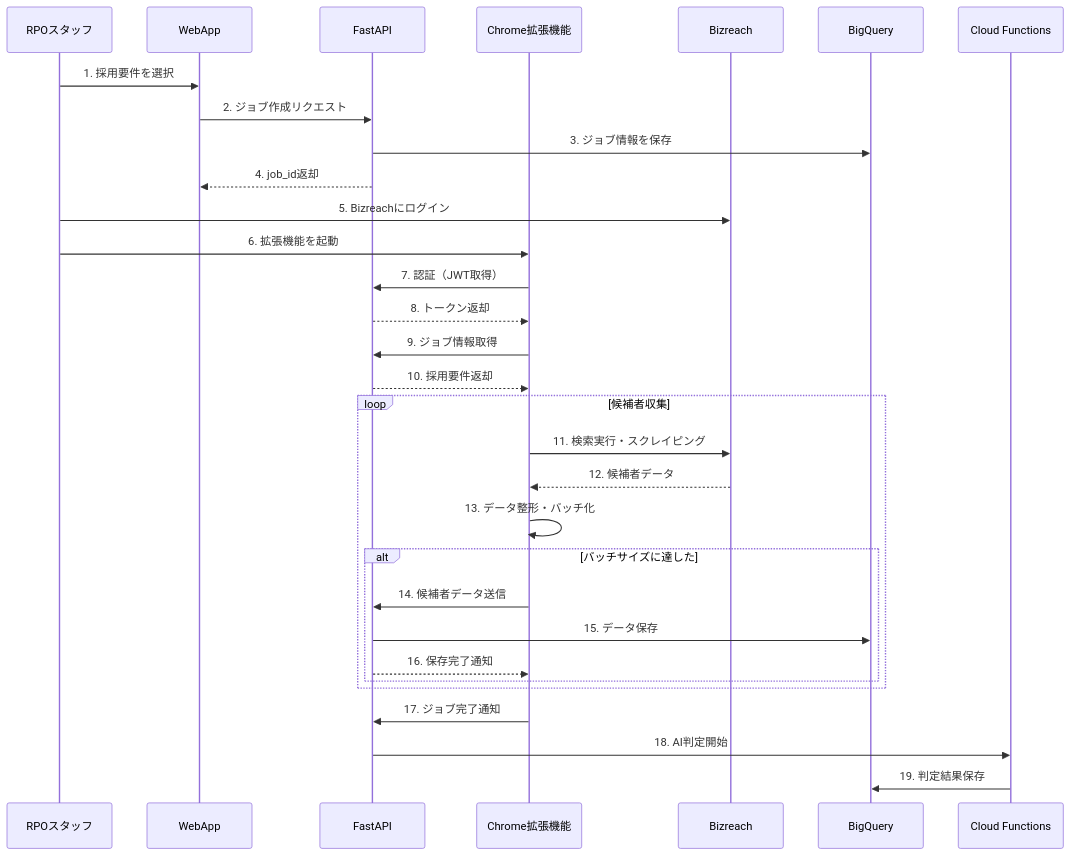
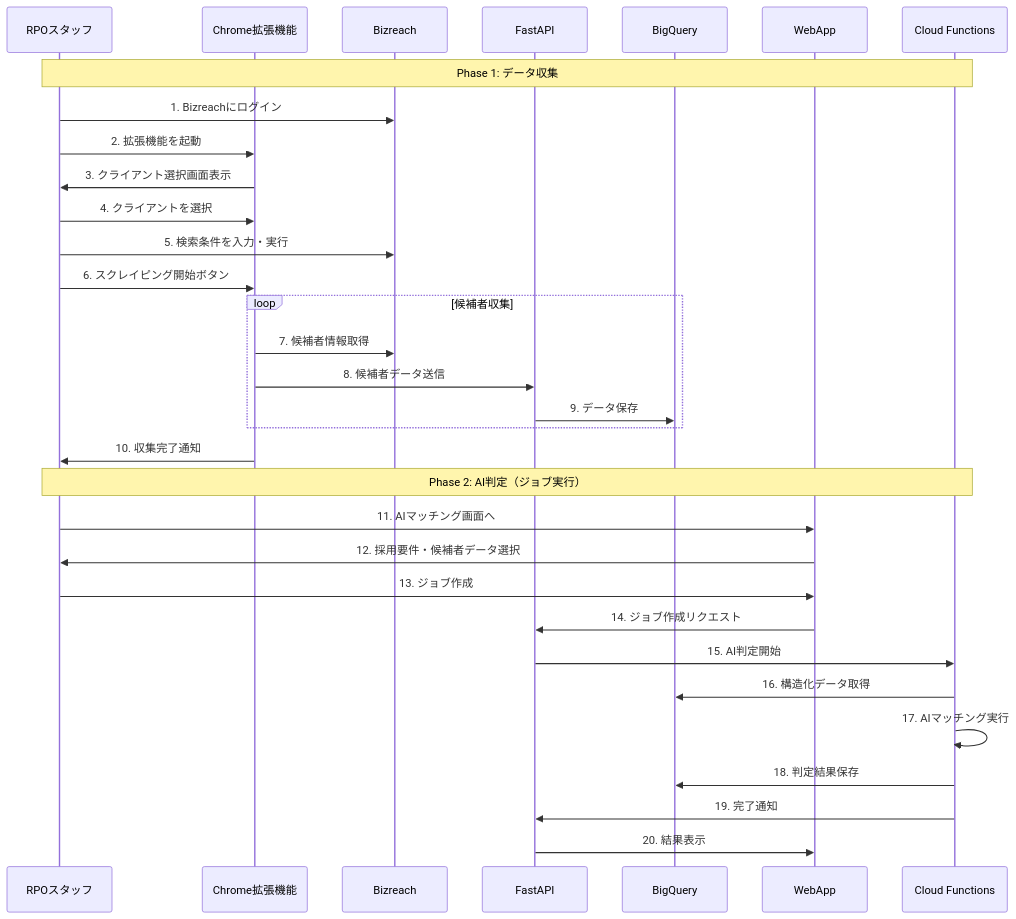
Before and after one commit to takeshita-0x0201/rpo-automation: the third of 4 diagrams in README_CHROME_EXTENSION.md, drawn with Mermaid. The commit also changed other lines of this file, not shown here.

````diff
--- a/README_CHROME_EXTENSION.md
+++ b/README_CHROME_EXTENSION.md
@@ -185,39 +195,38 @@
 ```mermaid
 sequenceDiagram
     participant User as RPOスタッフ
-    participant WebApp as WebApp
-    participant API as FastAPI
     participant Ext as Chrome拡張機能
     participant Biz as Bizreach
+    participant API as FastAPI
     participant BQ as BigQuery
+    participant WebApp as WebApp
     participant CF as Cloud Functions
 
-    User->>WebApp: 1. 採用要件を選択
-    WebApp->>API: 2. ジョブ作成リクエスト
-    API->>BQ: 3. ジョブ情報を保存
-    API-->>WebApp: 4. job_id返却
-    
-    User->>Biz: 5. Bizreachにログイン
-    User->>Ext: 6. 拡張機能を起動
-    Ext->>API: 7. 認証（JWT取得）
-    API-->>Ext: 8. トークン返却
-    
-    Ext->>API: 9. ジョブ情報取得
-    API-->>Ext: 10. 採用要件返却
+    Note over User,CF: Phase 1: データ収集
+    User->>Biz: 1. Bizreachにログイン
+    User->>Ext: 2. 拡張機能を起動
+    Ext->>User: 3. クライアント選択画面表示
+    User->>Ext: 4. クライアントを選択
+    User->>Biz: 5. 検索条件を入力・実行
+    User->>Ext: 6. スクレイピング開始ボタン
     
     loop 候補者収集
-        Ext->>Biz: 11. 検索実行・スクレイピング
-        Biz-->>Ext: 12. 候補者データ
-        Ext->>Ext: 13. データ整形・バッチ化
-        
-        alt バッチサイズに達した
-            Ext->>API: 14. 候補者データ送信
-            API->>BQ: 15. データ保存
-            API-->>Ext: 16. 保存完了通知
-        end
+        Ext->>Biz: 7. 候補者情報取得
+        Ext->>API: 8. 候補者データ送信
+        API->>BQ: 9. データ保存
     end
     
-    Ext->>API: 17. ジョブ完了通知
-    API->>CF: 18. AI判定開始
-    CF->>BQ: 19. 判定結果保存
+    Ext->>User: 10. 収集完了通知
+    
+    Note over User,CF: Phase 2: AI判定（ジョブ実行）
+    User->>WebApp: 11. AIマッチング画面へ
+    WebApp->>User: 12. 採用要件・候補者データ選択
+    User->>WebApp: 13. ジョブ作成
+    WebApp->>API: 14. ジョブ作成リクエスト
+    API->>CF: 15. AI判定開始
+    CF->>BQ: 16. 構造化データ取得
+    CF->>CF: 17. AIマッチング実行
+    CF->>BQ: 18. 判定結果保存
+    CF->>API: 19. 完了通知
+    API->>WebApp: 20. 結果表示
 ```
````
